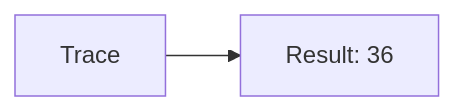
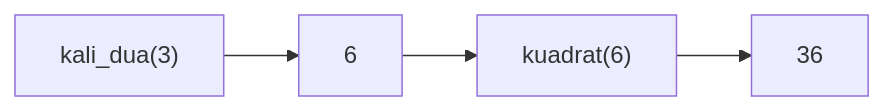
Before and after one commit to amnahwaida/OSNK_INF_PREP: the fifth of 8 diagrams in part-c-pemahaman-cpp/04-fungsi/latihan/set-01.md, drawn with Mermaid. The commit also changed other lines of this file and 12 other files, not shown here.

Commit message:
Premium Overhaul: Module 04 (50 high-quality Function questions with Call Stack diagrams)

````diff
--- a/part-c-pemahaman-cpp/04-fungsi/latihan/set-01.md
+++ b/part-c-pemahaman-cpp/04-fungsi/latihan/set-01.md
@@ -419,4 +172,6 @@
 ```mermaid
 graph LR
-A[Trace] --> B[Result: 36]
+A["kali_dua(3)"] --> B["6"]
+B --> C["kuadrat(6)"]
+C --> D["36"]
 ```
````
